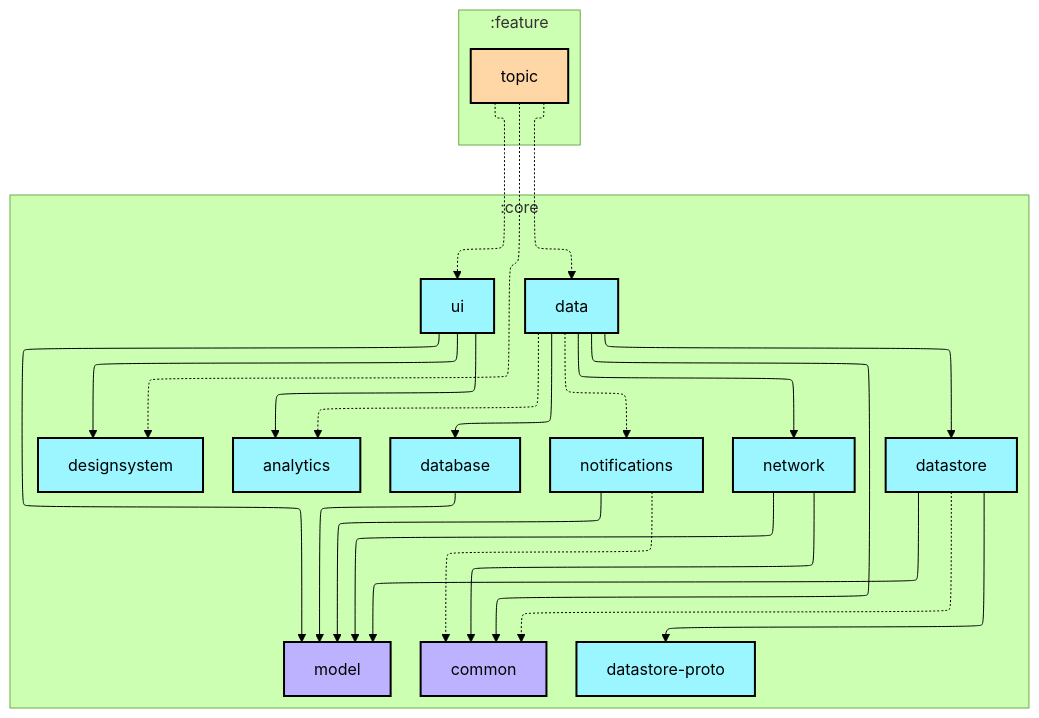
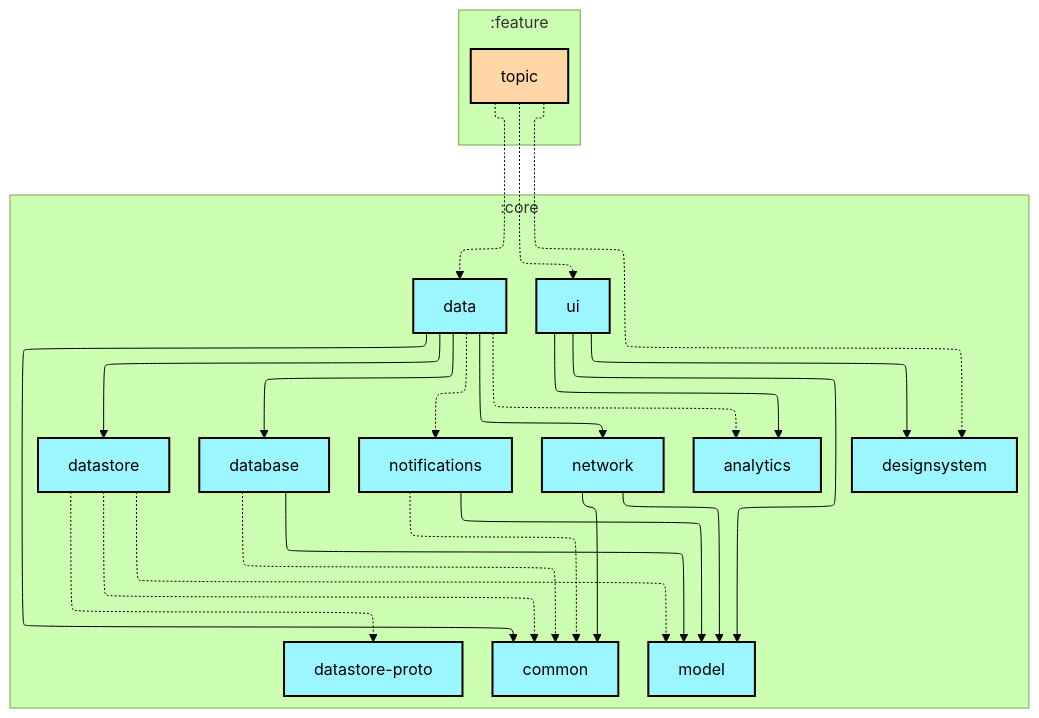
One commit to lihenggui/nowinkmp changed the first of 2 diagrams in feature/topic/README.md. Above: the diagram before and after it, drawn with Mermaid (forest theme). The commit also changed other lines of this file and 29 other files, not shown here.

First line of the commit message:
Fix graphUpdate configuration cache compatibility

````diff
--- a/feature/topic/README.md
+++ b/feature/topic/README.md
@@ -6,55 +6,56 @@
 ```mermaid
 ---
 config:
   layout: elk
   elk:
     nodePlacementStrategy: SIMPLE
 ---
 graph TB
+  subgraph :feature
+    direction TB
+    :feature:topic[topic]:::cmp-feature
+  end
   subgraph :core
     direction TB
-    :core:analytics[analytics]:::android-library
-    :core:common[common]:::jvm-library
-    :core:data[data]:::android-library
-    :core:database[database]:::android-library
-    :core:datastore[datastore]:::android-library
-    :core:datastore-proto[datastore-proto]:::android-library
-    :core:designsystem[designsystem]:::android-library
-    :core:model[model]:::jvm-library
-    :core:network[network]:::android-library
-    :core:notifications[notifications]:::android-library
-    :core:ui[ui]:::android-library
-  end
-  subgraph :feature
-    direction TB
-    :feature:topic[topic]:::android-feature
+    :core:analytics[analytics]:::kmp-library
+    :core:common[common]:::kmp-library
+    :core:data[data]:::kmp-library
+    :core:database[database]:::kmp-library
+    :core:datastore[datastore]:::kmp-library
+    :core:datastore-proto[datastore-proto]:::kmp-library
+    :core:designsystem[designsystem]:::kmp-library
+    :core:model[model]:::kmp-library
+    :core:network[network]:::kmp-library
+    :core:notifications[notifications]:::kmp-library
+    :core:ui[ui]:::kmp-library
   end
 
   :core:data -.-> :core:analytics
   :core:data --> :core:common
   :core:data --> :core:database
   :core:data --> :core:datastore
   :core:data --> :core:network
   :core:data -.-> :core:notifications
+  :core:database -.-> :core:common
   :core:database --> :core:model
   :core:datastore -.-> :core:common
-  :core:datastore --> :core:datastore-proto
-  :core:datastore --> :core:model
+  :core:datastore -.-> :core:datastore-proto
+  :core:datastore -.-> :core:model
   :core:network --> :core:common
   :core:network --> :core:model
   :core:notifications -.-> :core:common
   :core:notifications --> :core:model
   :core:ui --> :core:analytics
   :core:ui --> :core:designsystem
   :core:ui --> :core:model
   :feature:topic -.-> :core:data
   :feature:topic -.-> :core:designsystem
   :feature:topic -.-> :core:ui
 
-classDef android-application fill:#CAFFBF,stroke:#000,stroke-width:2px,color:#000;
-classDef android-feature fill:#FFD6A5,stroke:#000,stroke-width:2px,color:#000;
-classDef android-library fill:#9BF6FF,stroke:#000,stroke-width:2px,color:#000;
+classDef cmp-application fill:#CAFFBF,stroke:#000,stroke-width:2px,color:#000;
+classDef cmp-feature fill:#FFD6A5,stroke:#000,stroke-width:2px,color:#000;
+classDef kmp-library fill:#9BF6FF,stroke:#000,stroke-width:2px,color:#000;
+classDef jvm-library fill:#BDB2FF,stroke:#000,stroke-width:2px,color:#000;
 classDef android-test fill:#A0C4FF,stroke:#000,stroke-width:2px,color:#000;
-classDef jvm-library fill:#BDB2FF,stroke:#000,stroke-width:2px,color:#000;
 classDef unknown fill:#FFADAD,stroke:#000,stroke-width:2px,color:#000;
 ```
````
